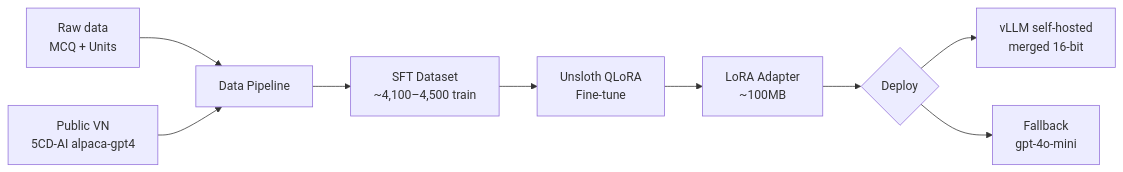
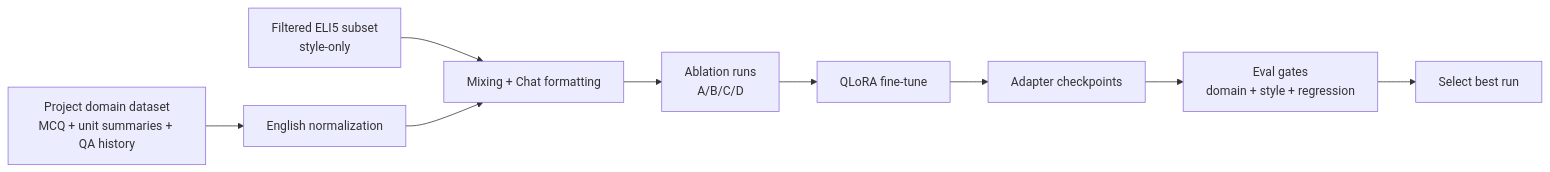
One commit to luannnguyenai/team49-backup changed the diagram in fine-tune-chatbot/PIPELINE.md. Above: the diagram before and after it, drawn with Mermaid. The commit also changed other lines of this file, not shown here.

````diff
--- a/fine-tune-chatbot/PIPELINE.md
+++ b/fine-tune-chatbot/PIPELINE.md
@@ -9,11 +9,11 @@
 ```mermaid
 flowchart LR
-    A[Raw data<br/>MCQ + Units] --> B[Data Pipeline]
-    V[Public VN<br/>5CD-AI alpaca-gpt4] --> B
-    B --> C[SFT Dataset<br/>~4,100–4,500 train]
-    C --> D[Unsloth QLoRA<br/>Fine-tune]
-    D --> E[LoRA Adapter<br/>~100MB]
-    E --> F{Deploy}
-    F --> G[vLLM self-hosted<br/>merged 16-bit]
-    F --> H[Fallback<br/>gpt-4o-mini]
+    A[Project domain dataset<br/>MCQ + unit summaries + QA history] --> B[English normalization]
+    E[Filtered ELI5 subset<br/>style-only] --> C[Mixing + Chat formatting]
+    B --> C
+    C --> D[Ablation runs<br/>A/B/C/D]
+    D --> F[QLoRA fine-tune]
+    F --> G[Adapter checkpoints]
+    G --> H[Eval gates<br/>domain + style + regression]
+    H --> I[Select best run]
 ```
````
